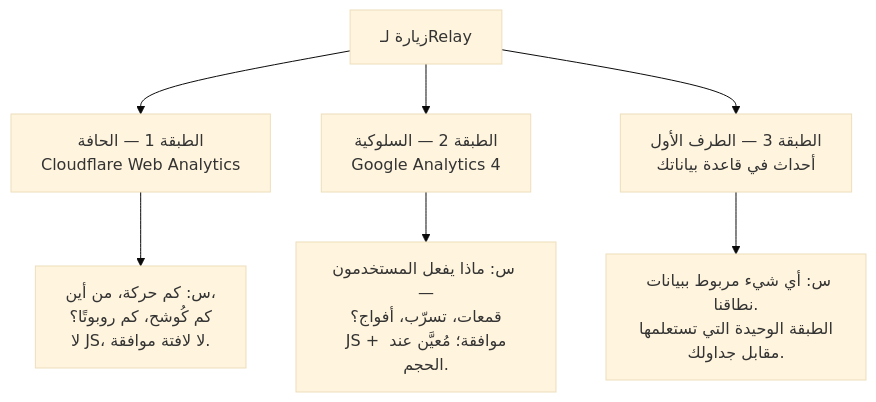
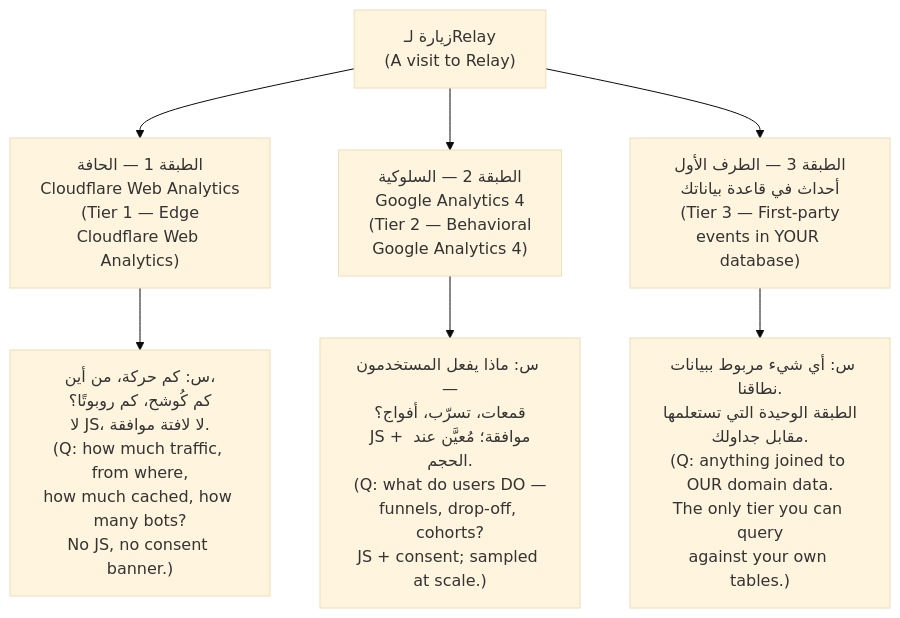
Before and after one commit to Tamoura/system-design-for-vibe-coders: the fifth of 6 diagrams in modules/07-observability/module.ar.md, drawn with Mermaid (base theme). The commit also changed other lines of this file and 62 other files, not shown here.

First line of the commit message:
Arabic editions: English on every diagram label, RTL fixes, rebuild

````diff
--- a/modules/07-observability/module.ar.md
+++ b/modules/07-observability/module.ar.md
@@ -579,9 +579,9 @@
 ```mermaid
 flowchart TD
-    V["زيارة لـRelay"] --> E["الطبقة 1 — الحافة<br/>Cloudflare Web Analytics"]
-    V --> G["الطبقة 2 — السلوكية<br/>Google Analytics 4"]
-    V --> F["الطبقة 3 — الطرف الأول<br/>أحداث في قاعدة بياناتك"]
-    E --> EQ["س: كم حركة، من أين،<br/>كم كُوشح، كم روبوتًا؟<br/>لا JS، لا لافتة موافقة."]
-    G --> GQ["س: ماذا يفعل المستخدمون —<br/>قمعات، تسرّب، أفواج؟<br/>JS + موافقة؛ مُعيَّن عند الحجم."]
-    F --> FQ["س: أي شيء مربوط ببيانات نطاقنا.<br/>الطبقة الوحيدة التي تستعلمها<br/>مقابل جداولك."]
+    V["زيارة لـRelay<br/>(A visit to Relay)"] --> E["الطبقة 1 — الحافة<br/>Cloudflare Web Analytics<br/>(Tier 1 — Edge<br/>Cloudflare Web Analytics)"]
+    V --> G["الطبقة 2 — السلوكية<br/>Google Analytics 4<br/>(Tier 2 — Behavioral<br/>Google Analytics 4)"]
+    V --> F["الطبقة 3 — الطرف الأول<br/>أحداث في قاعدة بياناتك<br/>(Tier 3 — First-party<br/>events in YOUR database)"]
+    E --> EQ["س: كم حركة، من أين،<br/>كم كُوشح، كم روبوتًا؟<br/>لا JS، لا لافتة موافقة.<br/>(Q: how much traffic, from where,<br/>how much cached, how many bots?<br/>No JS, no consent banner.)"]
+    G --> GQ["س: ماذا يفعل المستخدمون —<br/>قمعات، تسرّب، أفواج؟<br/>JS + موافقة؛ مُعيَّن عند الحجم.<br/>(Q: what do users DO —<br/>funnels, drop-off, cohorts?<br/>JS + consent#59; sampled at scale.)"]
+    F --> FQ["س: أي شيء مربوط ببيانات نطاقنا.<br/>الطبقة الوحيدة التي تستعلمها<br/>مقابل جداولك.<br/>(Q: anything joined to OUR domain data.<br/>The only tier you can query<br/>against your own tables.)"]
 ```
````
